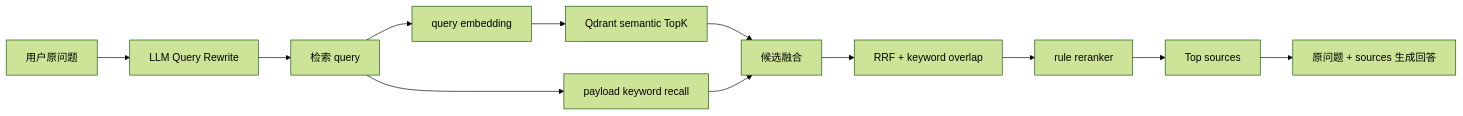
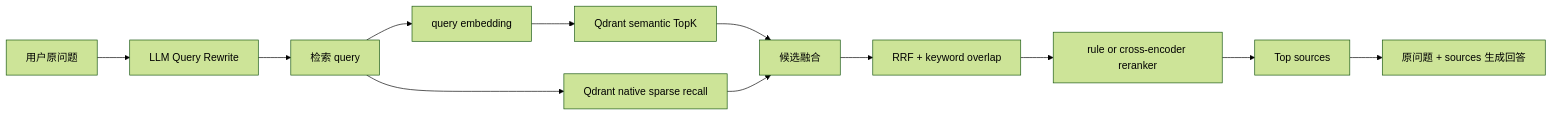
The second of 3 diagrams in README.md (lazy0622/llm-paper-rag-assistant), drawn with Mermaid (forest theme) before and after one commit. The commit also changed other lines of this file and 32 other files, not shown here.

````diff
--- a/README.md
+++ b/README.md
@@ -63,14 +66,14 @@
 ```mermaid
 flowchart LR
     Question["用户原问题"] --> Rewrite["LLM Query Rewrite"]
     Rewrite --> Query["检索 query"]
     Query --> Embed["query embedding"]
     Embed --> Semantic["Qdrant semantic TopK"]
-    Query --> Keyword["payload keyword recall"]
+    Query --> Keyword["Qdrant native sparse recall"]
     Semantic --> Merge["候选融合"]
     Keyword --> Merge
     Merge --> RRF["RRF + keyword overlap"]
-    RRF --> Rerank["rule reranker"]
+    RRF --> Rerank["rule or cross-encoder reranker"]
     Rerank --> TopSources["Top sources"]
     TopSources --> Answer["原问题 + sources 生成回答"]
 ```
````
